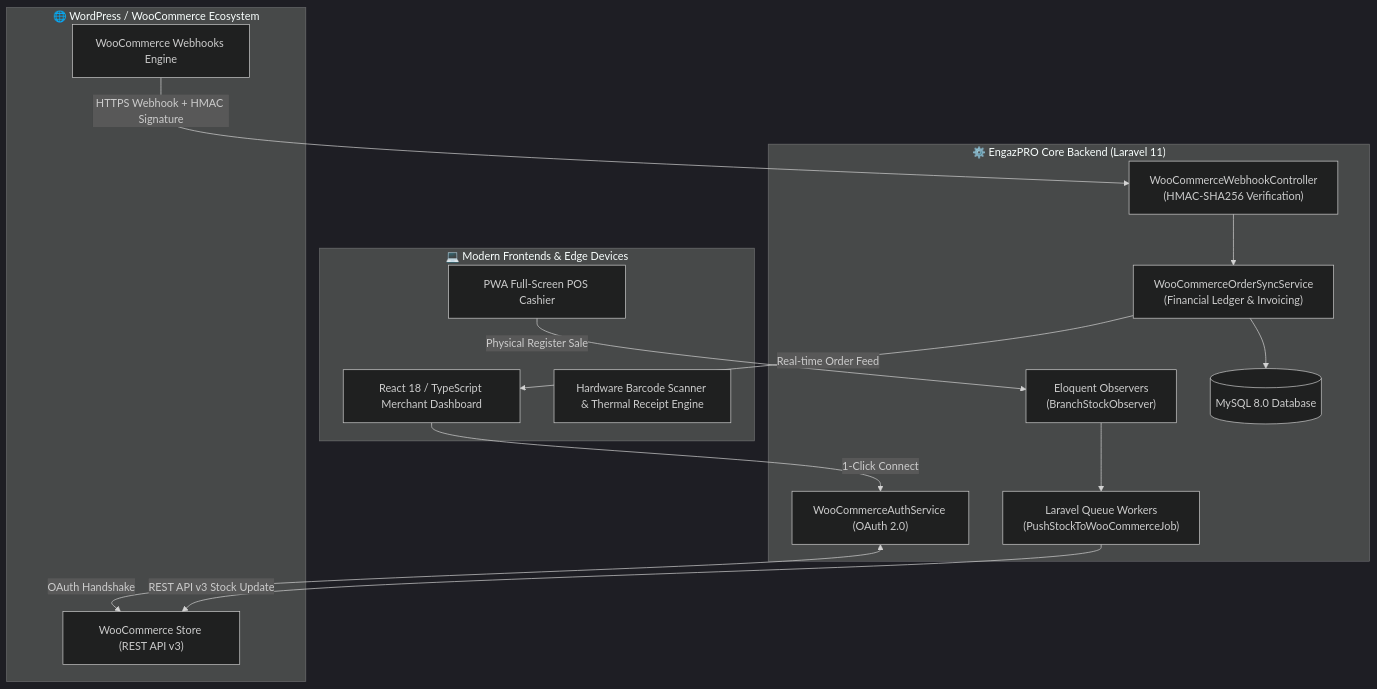
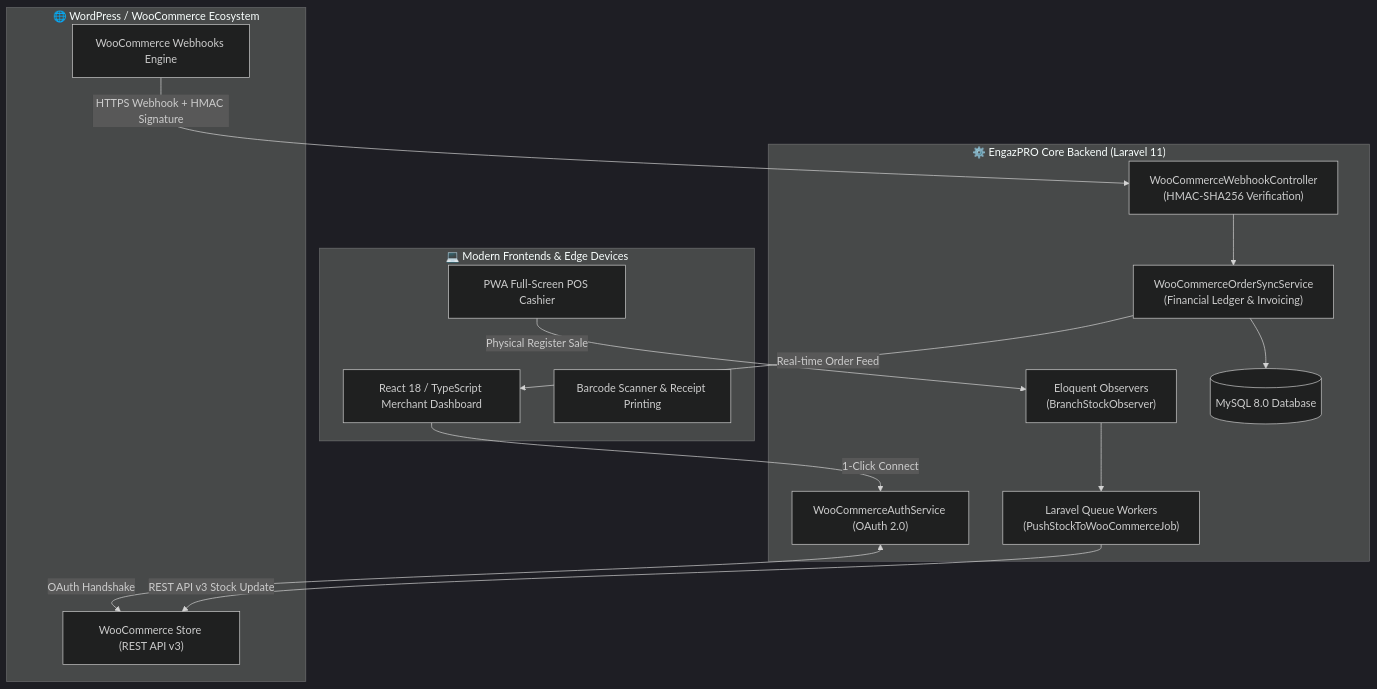
One commit to ahmadhasandev711-web/Engazpro- changed the diagram in README.md. Above: the diagram before and after it, drawn with Mermaid (dark theme). The commit also changed other lines of this file and 2 other files, not shown here.

````diff
--- a/README.md
+++ b/README.md
@@ -51,34 +51,34 @@
 ```mermaid
 flowchart TD
     subgraph WordPress ["🌐 WordPress / WooCommerce Ecosystem"]
         WC_Store["WooCommerce Store (REST API v3)"]
         WC_Hooks["WooCommerce Webhooks Engine"]
     end
 
     subgraph EngazPRO_Backend ["⚙️ EngazPRO Core Backend (Laravel 11)"]
         AuthService["WooCommerceAuthService (OAuth 2.0)"]
         WebhookController["WooCommerceWebhookController\n(HMAC-SHA256 Verification)"]
         OrderSync["WooCommerceOrderSyncService\n(Financial Ledger & Invoicing)"]
         QueueWorker["Laravel Queue Workers\n(PushStockToWooCommerceJob)"]
         EventObservers["Eloquent Observers\n(BranchStockObserver)"]
         DB[(MySQL 8.0 Database)]
     end
 
     subgraph Frontends ["💻 Modern Frontends & Edge Devices"]
         POS["PWA Full-Screen POS Cashier"]
         Dashboard["React 18 / TypeScript Merchant Dashboard"]
-        Scanner["Hardware Barcode Scanner & Thermal Receipt Engine"]
+        Scanner["Barcode Scanner & Receipt Printing"]
     end
 
     WC_Hooks -->|HTTPS Webhook + HMAC Signature| WebhookController
     WebhookController --> OrderSync
     OrderSync --> DB
     OrderSync -->|Real-time Order Feed| Dashboard
 
     POS -->|Physical Register Sale| EventObservers
     EventObservers --> QueueWorker
     QueueWorker -->|REST API v3 Stock Update| WC_Store
 
     Dashboard -->|1-Click Connect| AuthService
     AuthService <-->|OAuth Handshake| WC_Store
 ```
````
